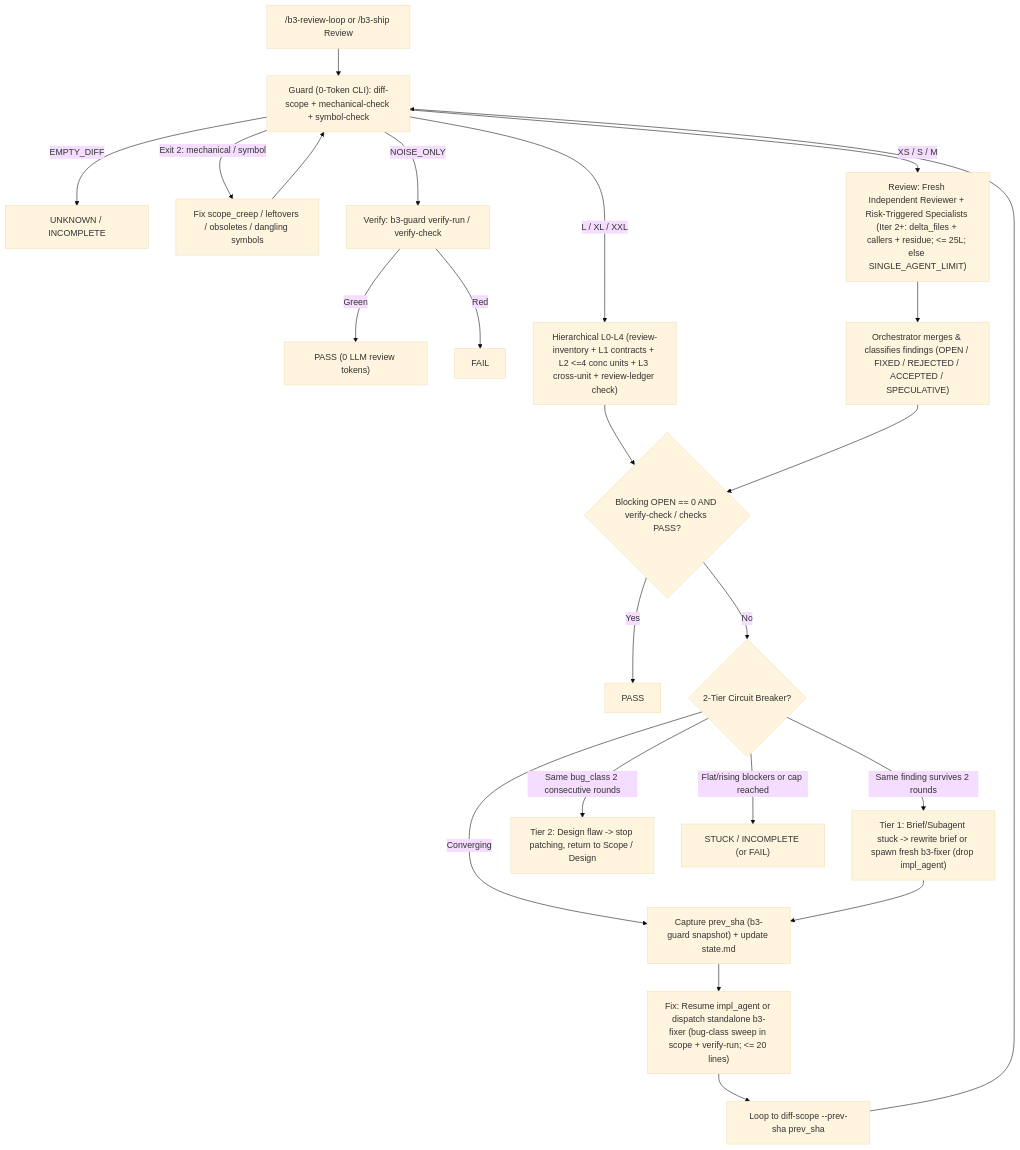
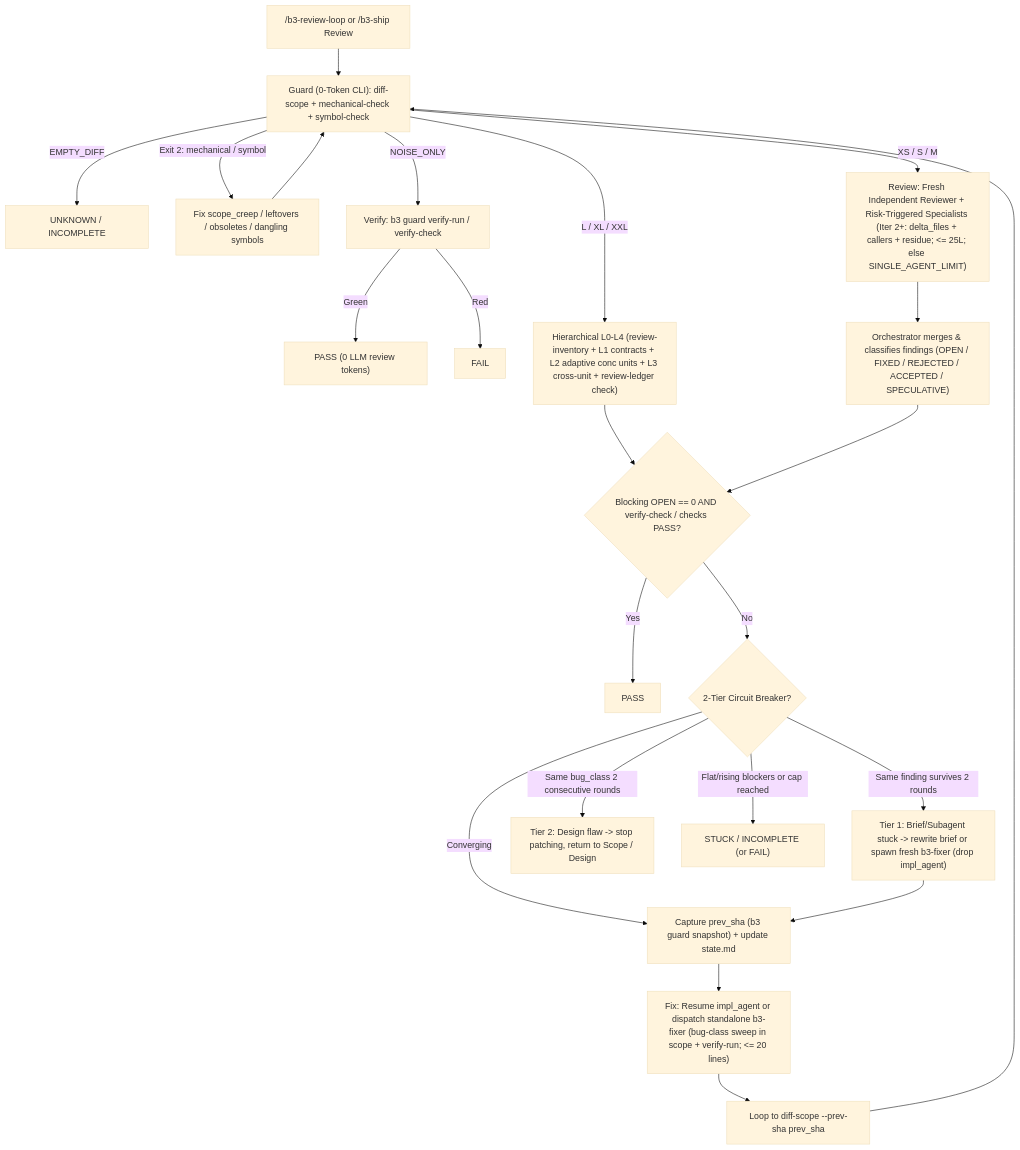
The third of 5 diagrams in docs/ship-and-review-guide.md (hptbee/b3_ai-engineering), drawn with Mermaid (base theme) before and after one commit. The commit also changed other lines of this file and 86 other files, not shown here.

````diff
--- a/docs/ship-and-review-guide.md
+++ b/docs/ship-and-review-guide.md
@@ -131,28 +131,28 @@
 ```mermaid
 flowchart TD
     Start["/b3-review-loop or /b3-ship Review"] --> Scope["Guard (0-Token CLI): diff-scope + mechanical-check + symbol-check"]
     Scope -->|"EMPTY_DIFF"| Incomplete["UNKNOWN / INCOMPLETE"]
     Scope -->|"Exit 2: mechanical / symbol"| FixMech["Fix scope_creep / leftovers / obsoletes / dangling symbols"]
     FixMech --> Scope
-    Scope -->|"NOISE_ONLY"| NoiseTest["Verify: b3-guard verify-run / verify-check"]
+    Scope -->|"NOISE_ONLY"| NoiseTest["Verify: b3 guard verify-run / verify-check"]
     NoiseTest -->|"Green"| Pass["PASS (0 LLM review tokens)"]
     NoiseTest -->|"Red"| Fail["FAIL"]
 
-    Scope -->|"L / XL / XXL"| Hier["Hierarchical L0-L4 (review-inventory + L1 contracts + L2 <=4 conc units + L3 cross-unit + review-ledger check)"]
+    Scope -->|"L / XL / XXL"| Hier["Hierarchical L0-L4 (review-inventory + L1 contracts + L2 adaptive conc units + L3 cross-unit + review-ledger check)"]
     Hier --> Gate
     Scope -->|"XS / S / M"| Rev["Review: Fresh Independent Reviewer + Risk-Triggered Specialists (Iter 2+: delta_files + callers + residue; <= 25L; else SINGLE_AGENT_LIMIT)"]
     Rev --> Merge["Orchestrator merges & classifies findings (OPEN / FIXED / REJECTED / ACCEPTED / SPECULATIVE)"]
     Merge --> Gate{"Blocking OPEN == 0 AND verify-check / checks PASS?"}
     Gate -->|"Yes"| Pass2["PASS"]
     Gate -->|"No"| Breaker{"2-Tier Circuit Breaker?"}
 
     Breaker -->|"Same finding survives 2 rounds"| ResetSubagent["Tier 1: Brief/Subagent stuck -> rewrite brief or spawn fresh b3-fixer (drop impl_agent)"]
     Breaker -->|"Same bug_class 2 consecutive rounds"| Redesign["Tier 2: Design flaw -> stop patching, return to Scope / Design"]
     Breaker -->|"Flat/rising blockers or cap reached"| Stuck["STUCK / INCOMPLETE (or FAIL)"]
-    Breaker -->|"Converging"| Snap["Capture prev_sha (b3-guard snapshot) + update state.md"]
+    Breaker -->|"Converging"| Snap["Capture prev_sha (b3 guard snapshot) + update state.md"]
 
     ResetSubagent --> Snap
     Snap --> Fix["Fix: Resume impl_agent or dispatch standalone b3-fixer (bug-class sweep in scope + verify-run; <= 20 lines)"]
     Fix --> LoopBack["Loop to diff-scope --prev-sha prev_sha"]
     LoopBack --> Scope
 ```
````
